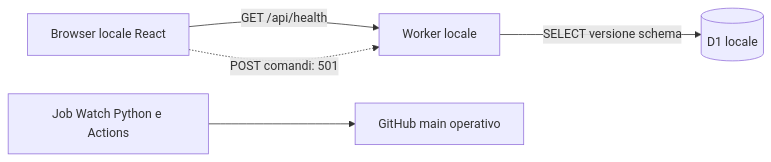
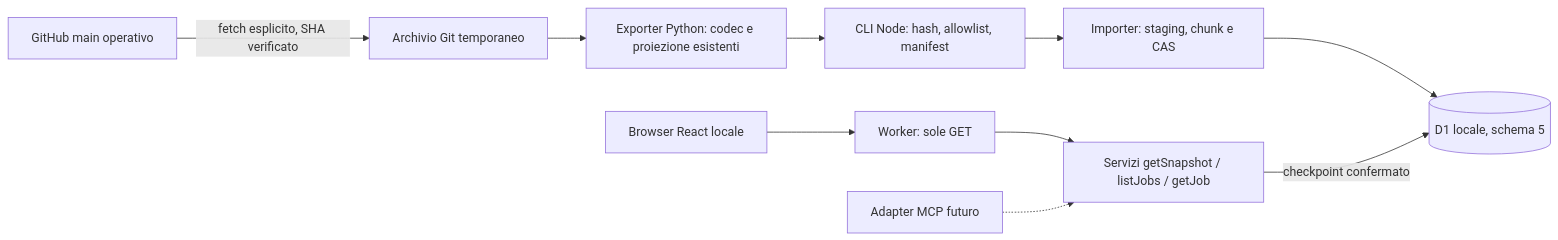
One commit to giacodmr/job-watch-milano changed the first of 2 diagrams in apps/web/docs/ARCHITECTURE.md. Above: the diagram before and after it, drawn with Mermaid. The commit also changed other lines of this file and 33 other files, not shown here.

````diff
--- a/apps/web/docs/ARCHITECTURE.md
+++ b/apps/web/docs/ARCHITECTURE.md
@@ -7,7 +7,12 @@
 ```mermaid
 flowchart LR
-  B[Browser locale React] -->|GET /api/health| W[Worker locale]
-  W -->|SELECT versione schema| L[(D1 locale)]
-  B -.->|POST comandi: 501| W
-  G[Job Watch Python e Actions] --> R[GitHub main operativo]
+  G[GitHub main operativo] -->|fetch esplicito, SHA verificato| C[Archivio Git temporaneo]
+  C --> P[Exporter Python: codec e proiezione esistenti]
+  P --> N[CLI Node: hash, allowlist, manifest]
+  N --> I[Importer: staging, chunk e CAS]
+  I --> D[(D1 locale, schema 5)]
+  B[Browser React locale] --> W[Worker: sole GET]
+  W --> Q[Servizi getSnapshot / listJobs / getJob]
+  Q -->|checkpoint confermato| D
+  M[Adapter MCP futuro] -.-> Q
 ```
````
